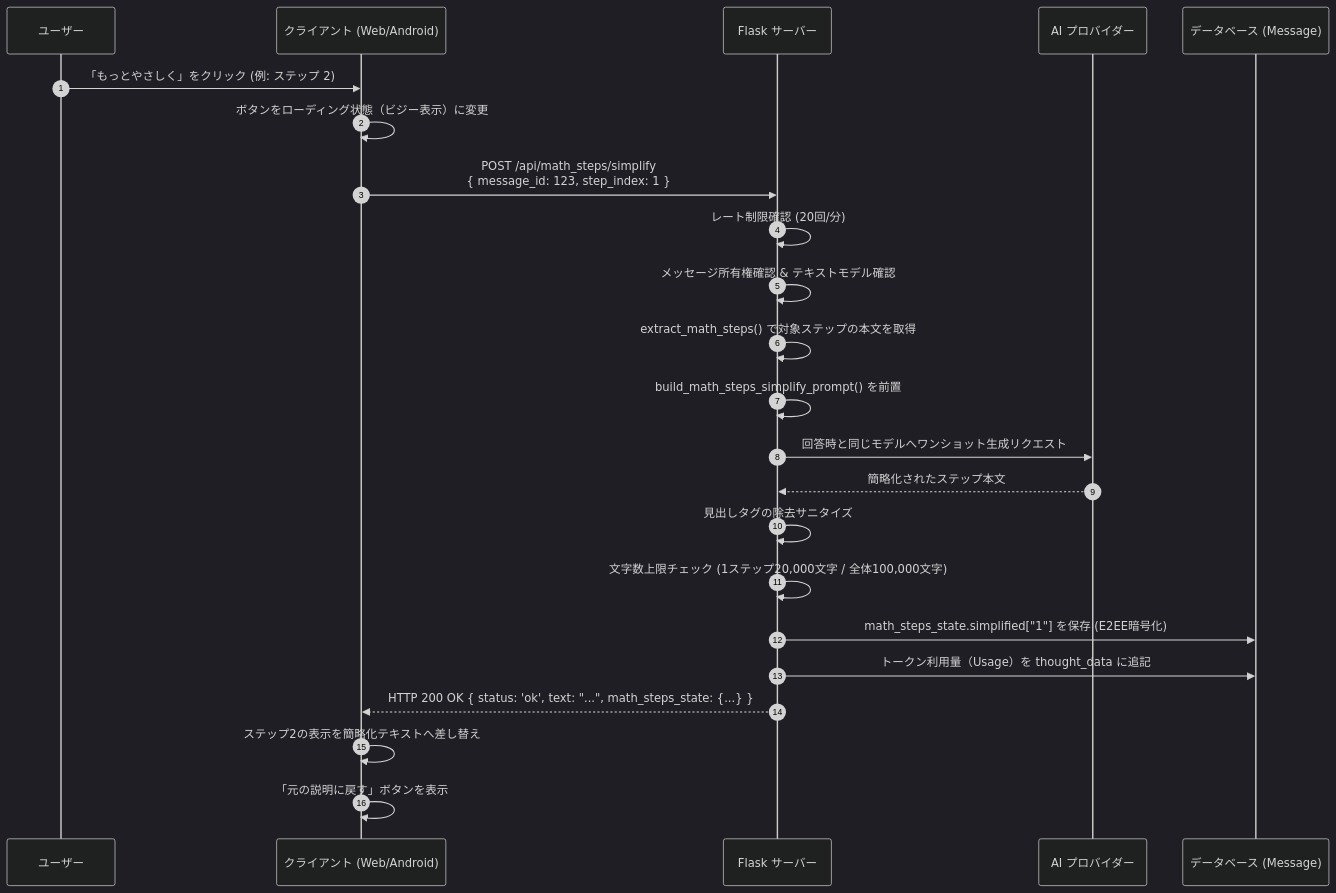
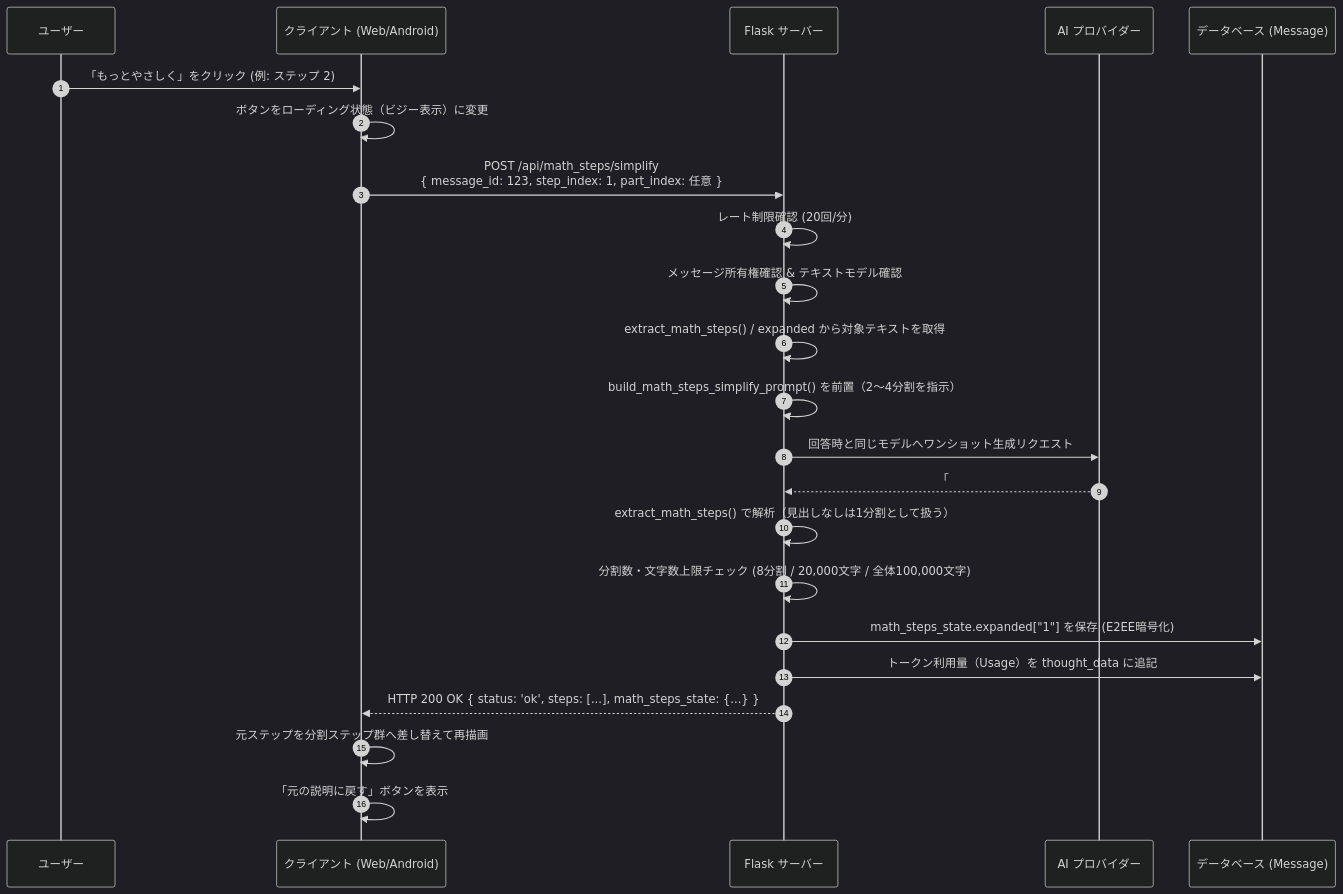
Before and after one commit to Minashin1120/ai-playground: the fourth of 4 diagrams in static/docs/math_steps/architecture.md, drawn with Mermaid (dark theme). The commit also changed other lines of this file and 31 other files, not shown here.

Commit message:
Split math steps into easier steps when the reader asks for simpler explanations

````diff
--- a/static/docs/math_steps/architecture.md
+++ b/static/docs/math_steps/architecture.md
@@ -121,26 +121,26 @@
 ```mermaid
 sequenceDiagram
     autonumber
     participant U as ユーザー
     participant C as クライアント (Web/Android)
     participant S as Flask サーバー
     participant P as AI プロバイダー
     participant D as データベース (Message)
 
     U->>C: 「もっとやさしく」をクリック (例: ステップ 2)
     C->>C: ボタンをローディング状態（ビジー表示）に変更
-    C->>S: POST /api/math_steps/simplify<br>{ message_id: 123, step_index: 1 }
+    C->>S: POST /api/math_steps/simplify<br>{ message_id: 123, step_index: 1, part_index: 任意 }
     S->>S: レート制限確認 (20回/分)
     S->>S: メッセージ所有権確認 & テキストモデル確認
-    S->>S: extract_math_steps() で対象ステップの本文を取得
-    S->>S: build_math_steps_simplify_prompt() を前置
+    S->>S: extract_math_steps() / expanded から対象テキストを取得
+    S->>S: build_math_steps_simplify_prompt() を前置（2〜4分割を指示）
     S->>P: 回答時と同じモデルへワンショット生成リクエスト
-    P-->>S: 簡略化されたステップ本文
-    S->>S: 見出しタグの除去サニタイズ
-    S->>S: 文字数上限チェック (1ステップ20,000文字 / 全体100,000文字)
-    S->>D: math_steps_state.simplified["1"] を保存 (E2EE暗号化)
+    P-->>S: 「## ステップ N ...」形式のやさしい複数ステップ
+    S->>S: extract_math_steps() で解析（見出しなしは1分割として扱う）
+    S->>S: 分割数・文字数上限チェック (8分割 / 20,000文字 / 全体100,000文字)
+    S->>D: math_steps_state.expanded["1"] を保存 (E2EE暗号化)
     S->>D: トークン利用量（Usage）を thought_data に追記
-    S-->>C: HTTP 200 OK { status: 'ok', text: "...", math_steps_state: {...} }
-    C->>C: ステップ2の表示を簡略化テキストへ差し替え
+    S-->>C: HTTP 200 OK { status: 'ok', steps: [...], math_steps_state: {...} }
+    C->>C: 元ステップを分割ステップ群へ差し替えて再描画
     C->>C: 「元の説明に戻す」ボタンを表示
 ```
````
